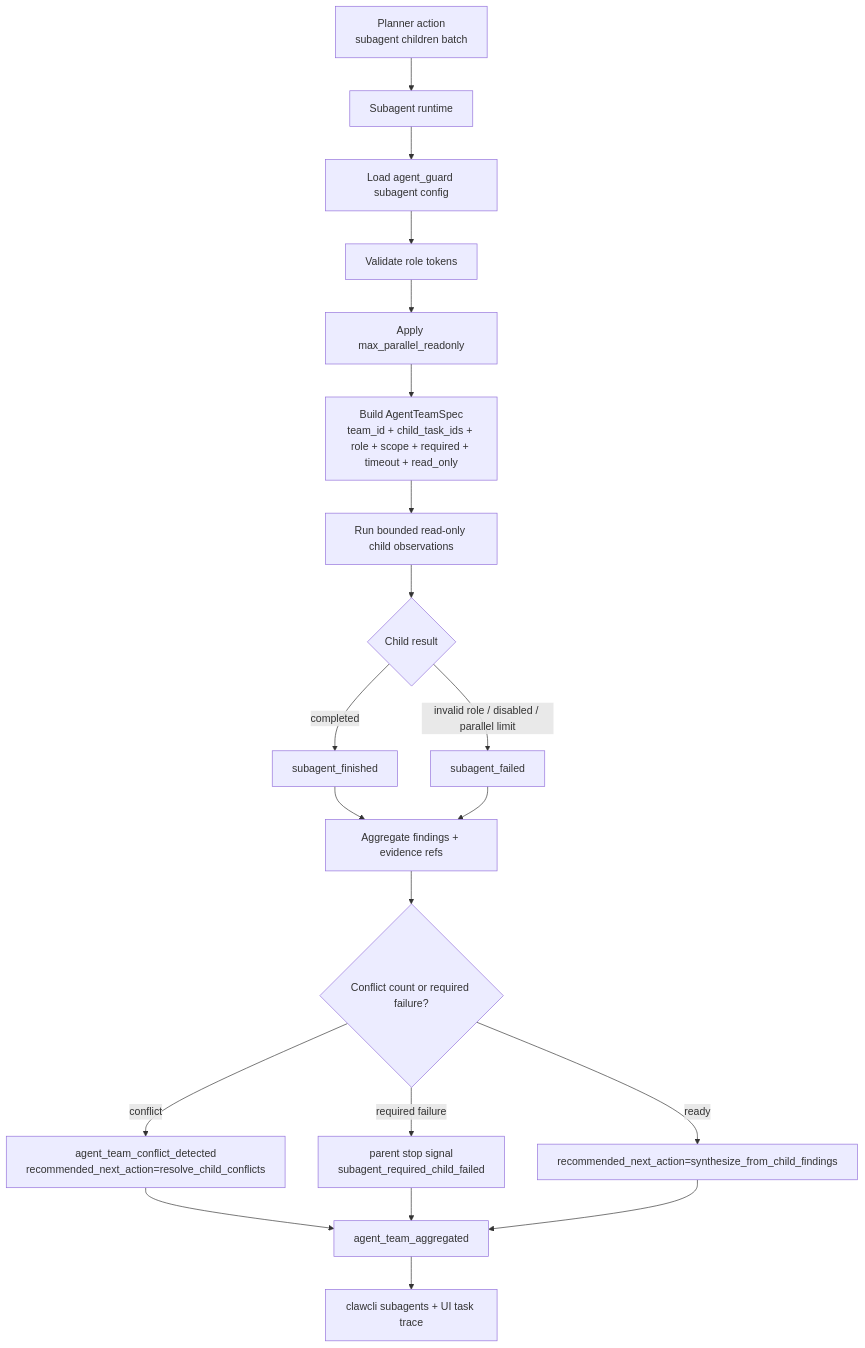
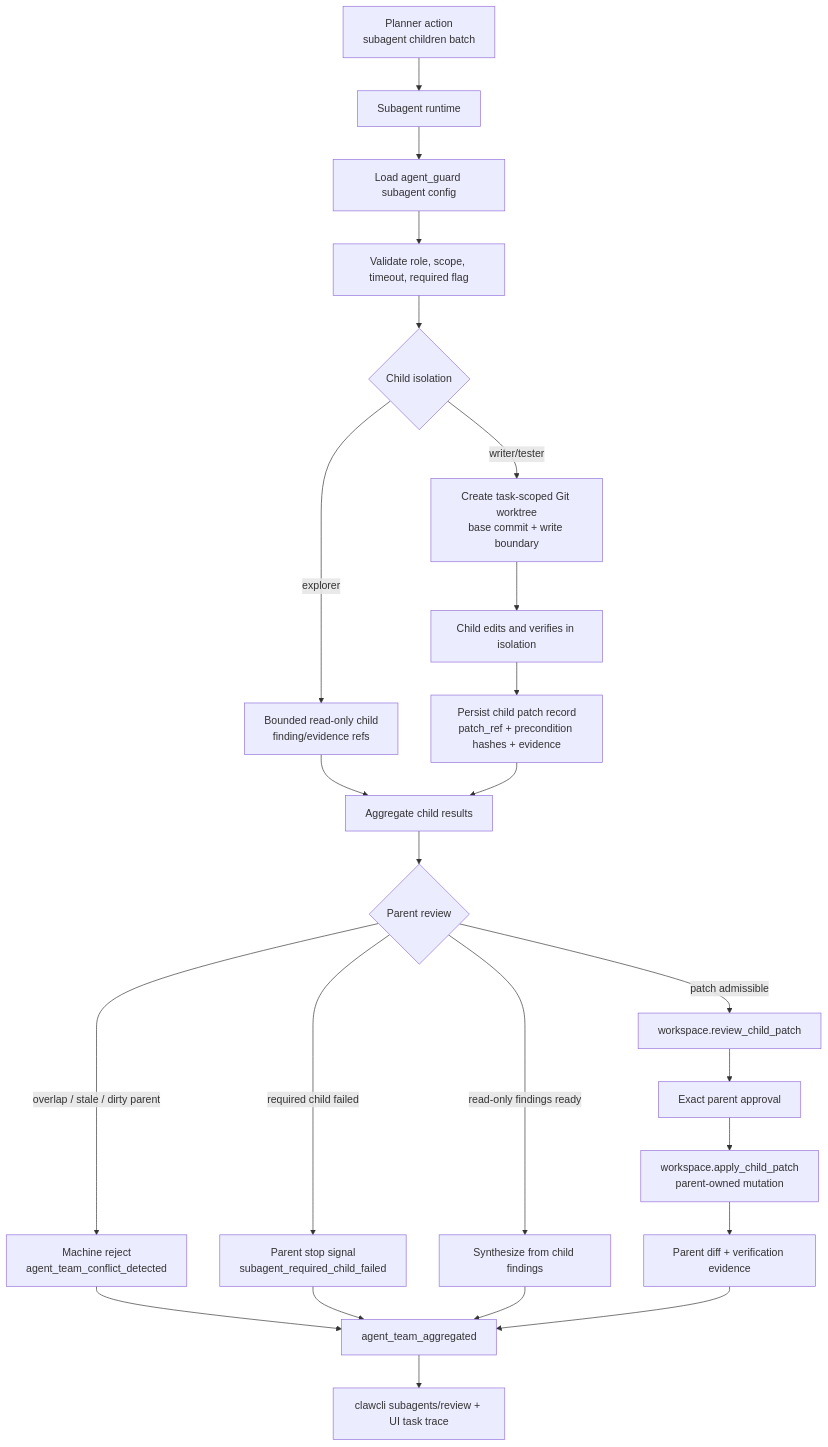
One commit to MatrixCoreX/RustClaw changed the ninth of 17 diagrams in README.md. Above: the diagram before and after it, drawn with Mermaid. The commit also changed other lines of this file and 1 other file, not shown here.

Commit message:
docs: align agent runtime flows

````diff
--- a/README.md
+++ b/README.md
@@ -602,22 +592,26 @@
 ```mermaid
 flowchart TD
     A[Planner action<br/>subagent children batch] --> B[Subagent runtime]
     B --> C[Load agent_guard subagent config]
-    C --> D[Validate role tokens]
-    D --> E[Apply max_parallel_readonly]
-    E --> F[Build AgentTeamSpec<br/>team_id + child_task_ids + role + scope + required + timeout + read_only]
-    F --> G[Run bounded read-only child observations]
-    G --> H{Child result}
-    H -->|completed| I[subagent_finished]
-    H -->|invalid role / disabled / parallel limit| J[subagent_failed]
-    I --> K[Aggregate findings + evidence refs]
-    J --> K
-    K --> L{Conflict count or required failure?}
-    L -->|conflict| M[agent_team_conflict_detected<br/>recommended_next_action=resolve_child_conflicts]
-    L -->|required failure| N[parent stop signal<br/>subagent_required_child_failed]
-    L -->|ready| O[recommended_next_action=synthesize_from_child_findings]
-    M --> P[agent_team_aggregated]
-    N --> P
-    O --> P
-    P --> Q[clawcli subagents + UI task trace]
+    C --> D[Validate role, scope, timeout, required flag]
+    D --> E{Child isolation}
+    E -->|explorer| F[Bounded read-only child<br/>finding/evidence refs]
+    E -->|writer/tester| G[Create task-scoped Git worktree<br/>base commit + write boundary]
+    G --> H[Child edits and verifies in isolation]
+    H --> I[Persist child patch record<br/>patch_ref + precondition hashes + evidence]
+    F --> J[Aggregate child results]
+    I --> J
+    J --> K{Parent review}
+    K -->|overlap / stale / dirty parent| L[Machine reject<br/>agent_team_conflict_detected]
+    K -->|required child failed| M[Parent stop signal<br/>subagent_required_child_failed]
+    K -->|read-only findings ready| N[Synthesize from child findings]
+    K -->|patch admissible| O[workspace.review_child_patch]
+    O --> P[Exact parent approval]
+    P --> Q[workspace.apply_child_patch<br/>parent-owned mutation]
+    Q --> R[Parent diff + verification evidence]
+    L --> S[agent_team_aggregated]
+    M --> S
+    N --> S
+    R --> S
+    S --> T[clawcli subagents/review + UI task trace]
 ```
````
